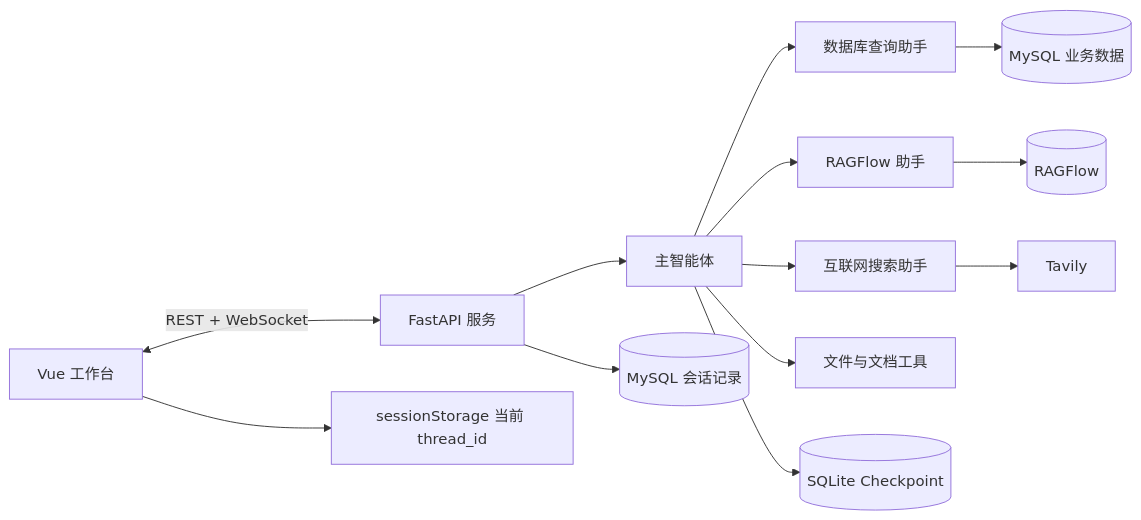
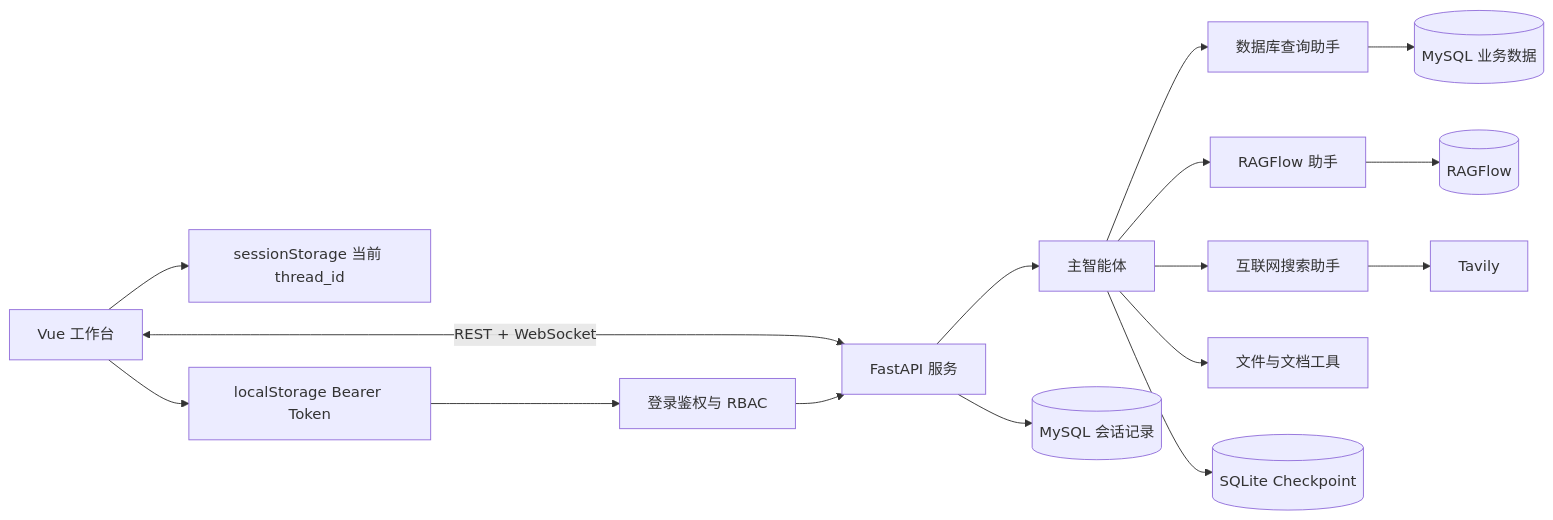
The diagram in README.md (XiaoFeiCode/DeepResearchAgent), drawn with Mermaid before and after one commit. The commit also changed other lines of this file and 20 other files, not shown here.

Commit message:
Add RBAC auth and API rate limiting

````diff
--- a/README.md
+++ b/README.md
@@ -86,15 +88,18 @@
 ```mermaid
 flowchart LR
     UI[Vue 工作台] <-->|REST + WebSocket| API[FastAPI 服务]
     UI --> SESSION[sessionStorage 当前 thread_id]
+    UI --> TOKEN[localStorage Bearer Token]
+    TOKEN --> AUTH[登录鉴权与 RBAC]
+    AUTH --> API
     API --> MAIN[主智能体]
     API --> HISTORY[(MySQL 会话记录)]
     MAIN --> DB[数据库查询助手]
     MAIN --> RAG[RAGFlow 助手]
     MAIN --> WEB[互联网搜索助手]
     MAIN --> DOC[文件与文档工具]
     DB --> MYSQL[(MySQL 业务数据)]
     RAG --> RF[(RAGFlow)]
     WEB --> TAVILY[Tavily]
     MAIN --> MEMORY[(SQLite Checkpoint)]
 ```
````
